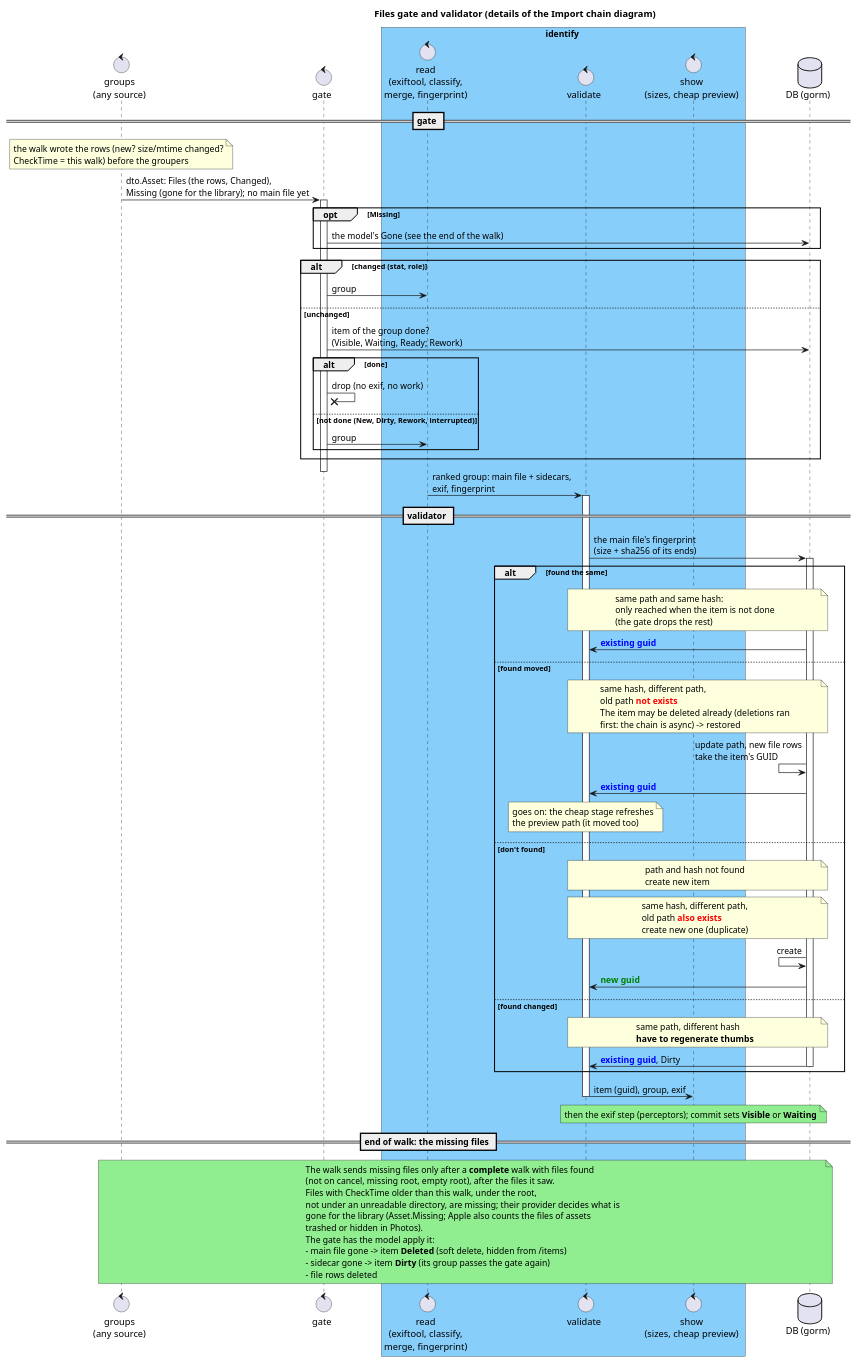
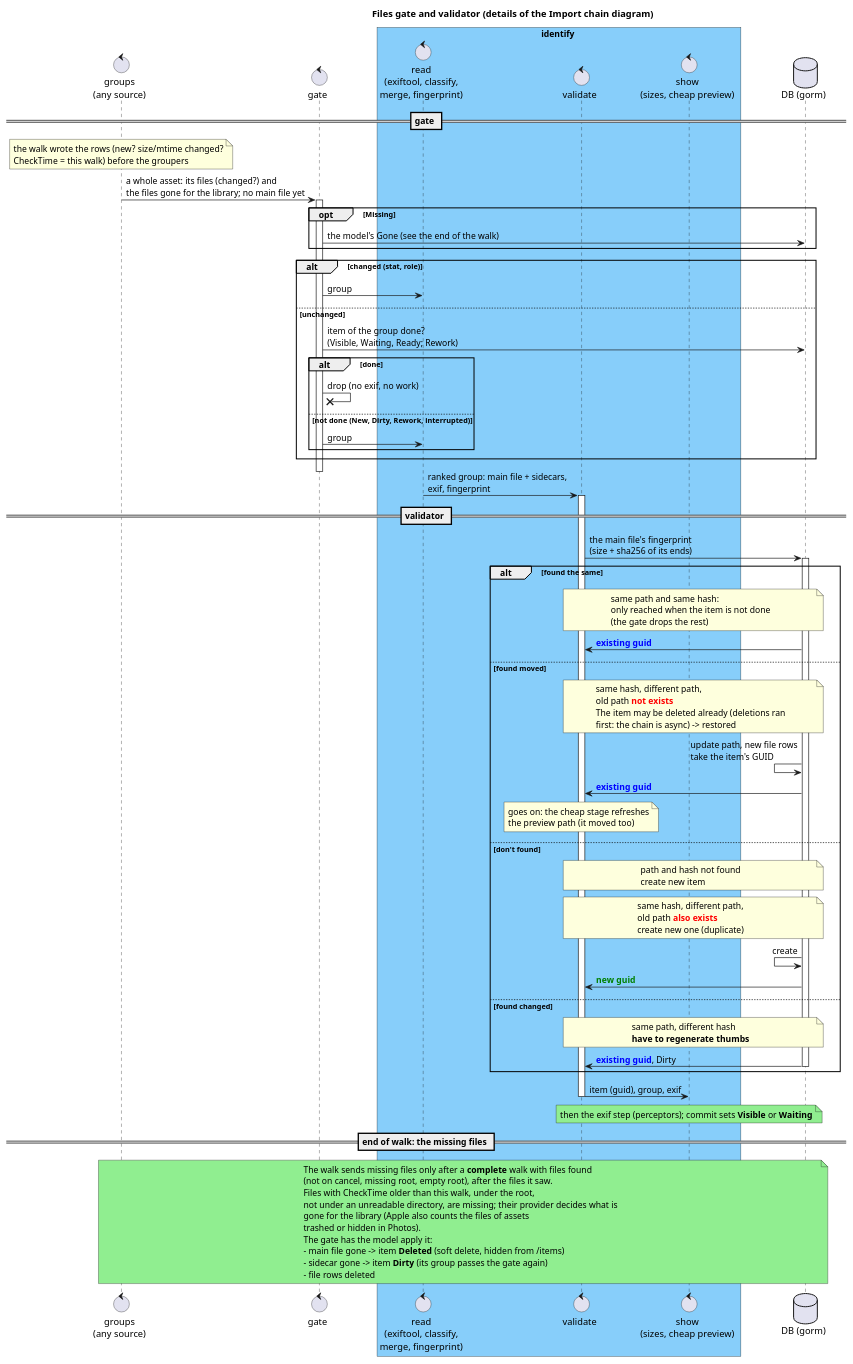
The diagram in _sb/puml/Walker.puml (eggs-gd/Perceptrail), drawn with PlantUML before and after one commit. The commit also changed 9 other files, not shown here.

```diff
--- a/_sb/puml/Walker.puml
+++ b/_sb/puml/Walker.puml
@@ -1,104 +1,104 @@
 @startuml Walker and validating
 
 !pragma teoz true
 
 title Files gate and validator (details of the Import chain diagram)
 
 control "groups\n(any source)" as Groups
 control "gate" as Gate
 box identify #LightSkyBlue
 control "read\n(exiftool, classify,\nmerge, fingerprint)" as Exif
 control "validate" as Validator
 control "show\n(sizes, cheap preview)" as Transcode
 end box
 database "DB (gorm)" as DB
 
 == gate ==
 
 note over Groups: the walk wrote the rows (new? size/mtime changed?\nCheckTime = this walk) before the groupers
-Groups -> Gate: dto.Asset: Files (the rows, Changed),\nMissing (gone for the library); no main file yet
+Groups -> Gate: a whole asset: its files (changed?) and\nthe files gone for the library; no main file yet
 activate Gate
 opt Missing
     Gate -> DB: the model's Gone (see the end of the walk)
 end
 alt changed (stat, role)
     Gate -> Exif: group
 else unchanged
     Gate -> DB: item of the group done?\n(Visible, Waiting, Ready; Rework)
     alt done
         Gate ->x Gate: drop (no exif, no work)
     else not done (New, Dirty, Rework, interrupted)
         Gate -> Exif: group
     end
 end
 deactivate Gate
 
 Exif -> Validator: ranked group: main file + sidecars,\nexif, fingerprint
 activate Validator
 
 == validator ==
 
 Validator -> DB: the main file's fingerprint\n(size + sha256 of its ends)
 activate DB
 
 alt found the same
     note over Validator, DB
     same path and same hash:
     only reached when the item is not done
     (the gate drops the rest)
     end note
     DB -> Validator: <font color=blue><b>existing guid
 
 else found moved
     note over Validator, DB
     same hash, different path,
     old path <b><font color=red>not exists
     The item may be deleted already (deletions ran
     first: the chain is async) -> restored
     end note
     DB <- DB: update path, new file rows\ntake the item's GUID
     DB -> Validator: <font color=blue><b>existing guid
     note over Validator: goes on: the cheap stage refreshes\nthe preview path (it moved too)
 
 else don't found
     note over Validator, DB
     path and hash not found
     create new item
     end note
     note over Validator, DB
     same hash, different path,
     old path <b><font color=red>also exists
     create new one (duplicate)
     end note
     DB <- DB: create
     DB -> Validator: <font color=green><b>new guid
 
 else found changed
     note over Validator, DB
     same path, different hash
     <b>have to regenerate thumbs
     end note
     DB -> Validator: <font color=blue><b>existing guid</b></font>, Dirty
     deactivate DB
 end
 
 Validator -> Transcode: item (guid), group, exif
 deactivate Validator
 note over Transcode #LightGreen: then the exif step (perceptors); commit sets <b>Visible</b> or <b>Waiting</b>
 
 == end of walk: the missing files ==
 
 note over Groups, DB #LightGreen
 The walk sends missing files only after a <b>complete</b> walk with files found
 (not on cancel, missing root, empty root), after the files it saw.
 Files with CheckTime older than this walk, under the root,
 not under an unreadable directory, are missing; their provider decides what is
-gone for the library (Asset.Missing; Apple also counts the files of assets
+gone for the library (Apple also counts the files of assets
 trashed or hidden in Photos).
 The gate has the model apply it:
 - main file gone -> item <b>Deleted</b> (soft delete, hidden from /items)
 - sidecar gone -> item <b>Dirty</b> (its group passes the gate again)
 - file rows deleted
 end note
 
 @enduml
```
